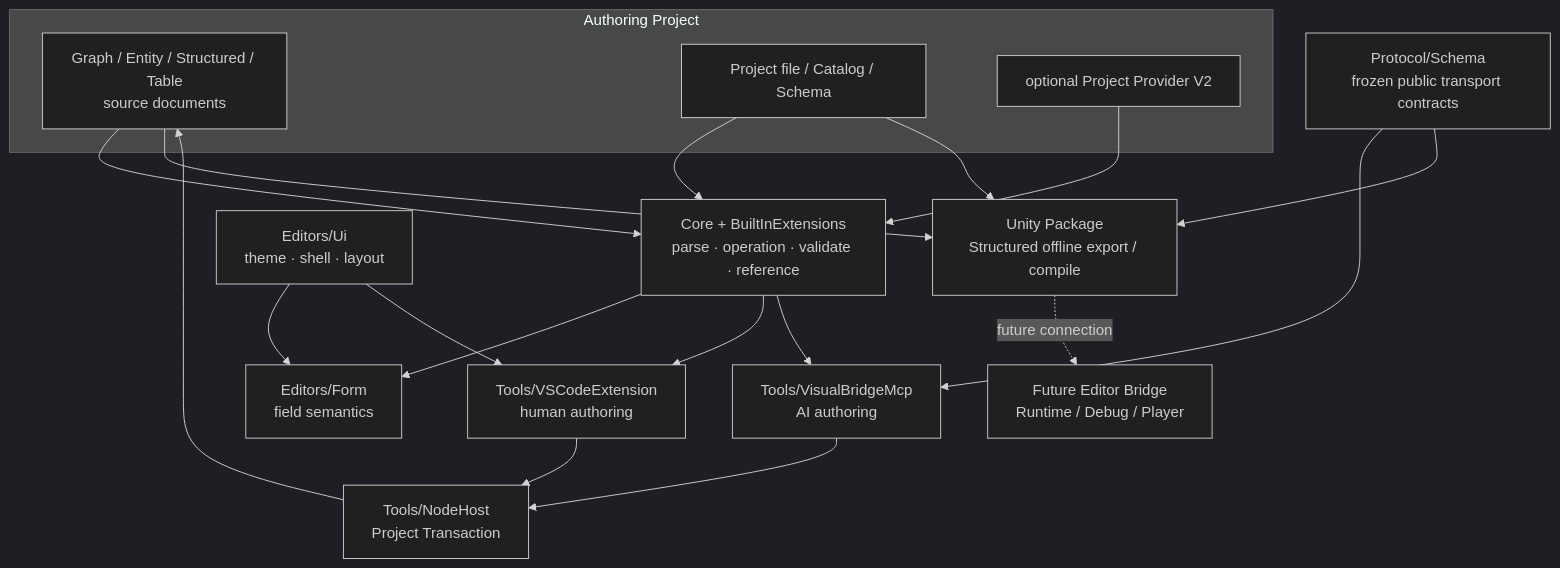
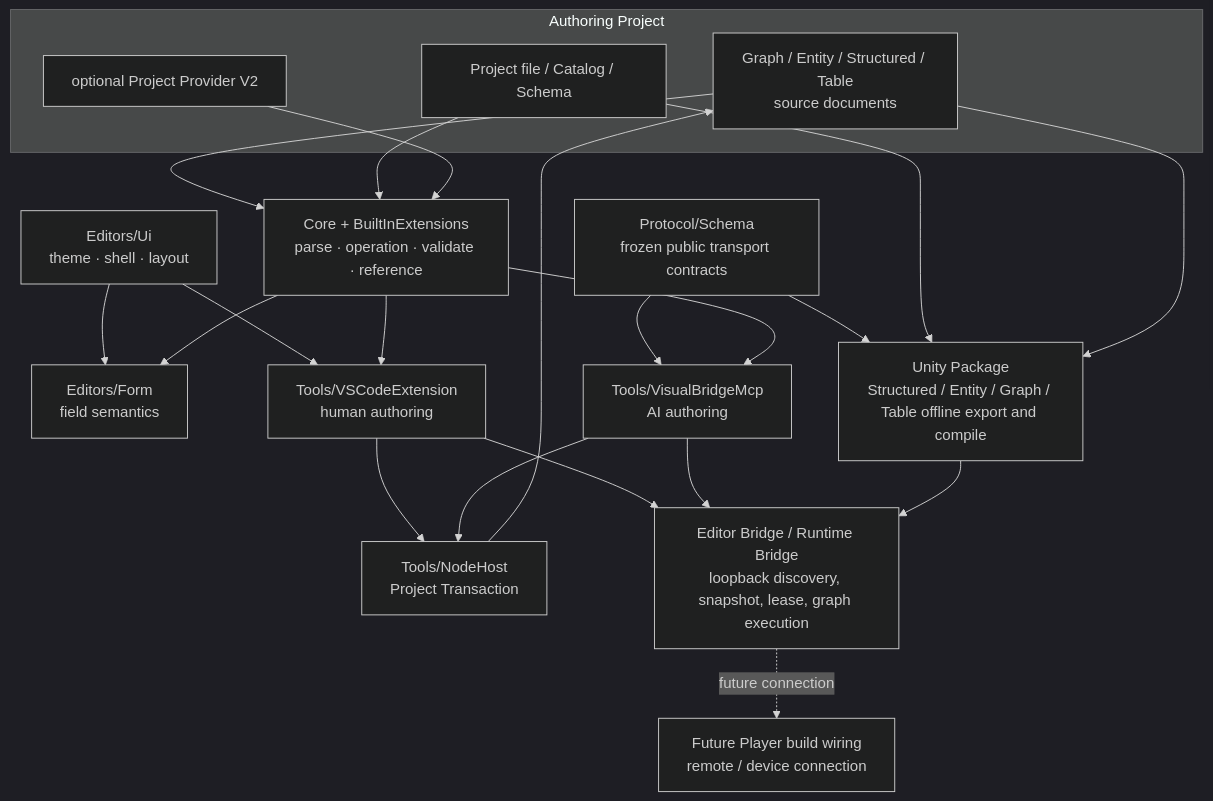
The first of 3 diagrams in Doc/VisualBridgeArchitecture.md (zh880517/VisualBridge), drawn with Mermaid (dark theme) before and after one commit. The commit also changed other lines of this file and 32 other files, not shown here.

````diff
--- a/Doc/VisualBridgeArchitecture.md
+++ b/Doc/VisualBridgeArchitecture.md
@@ -114,34 +114,38 @@
 ```mermaid
 flowchart TB
     subgraph Project[Authoring Project]
         Sources["Graph / Entity / Structured / Table\nsource documents"]
         Catalogs["Project file / Catalog / Schema"]
         Provider["optional Project Provider V2"]
     end
     Protocol["Protocol/Schema\nfrozen public transport contracts"]
     Core["Core + BuiltInExtensions\nparse · operation · validate · reference"]
     Ui["Editors/Ui\ntheme · shell · layout"]
     Form["Editors/Form\nfield semantics"]
     NodeHost["Tools/NodeHost\nProject Transaction"]
     VSCode["Tools/VSCodeExtension\nhuman authoring"]
     MCP["Tools/VisualBridgeMcp\nAI authoring"]
-    UnityOffline["Unity Package\nStructured offline export / compile"]
-    Future["Future Editor Bridge\nRuntime / Debug / Player"]
+    UnityOffline["Unity Package\nStructured / Entity / Graph / Table offline export and compile"]
+    Bridge["Editor Bridge / Runtime Bridge\nloopback discovery, snapshot, lease, graph execution"]
+    Future["Future Player build wiring\nremote / device connection"]
 
     Sources --> Core
     Catalogs --> Core
     Provider --> Core
     Protocol --> MCP
     Protocol --> UnityOffline
     Ui --> Form
     Ui --> VSCode
     Core --> Form
     Core --> VSCode
     Core --> MCP
     VSCode --> NodeHost
     MCP --> NodeHost
     NodeHost --> Sources
     Catalogs --> UnityOffline
     Sources --> UnityOffline
-    UnityOffline -. future connection .-> Future
+    VSCode --> Bridge
+    MCP --> Bridge
+    UnityOffline --> Bridge
+    Bridge -. future connection .-> Future
 ```
````
